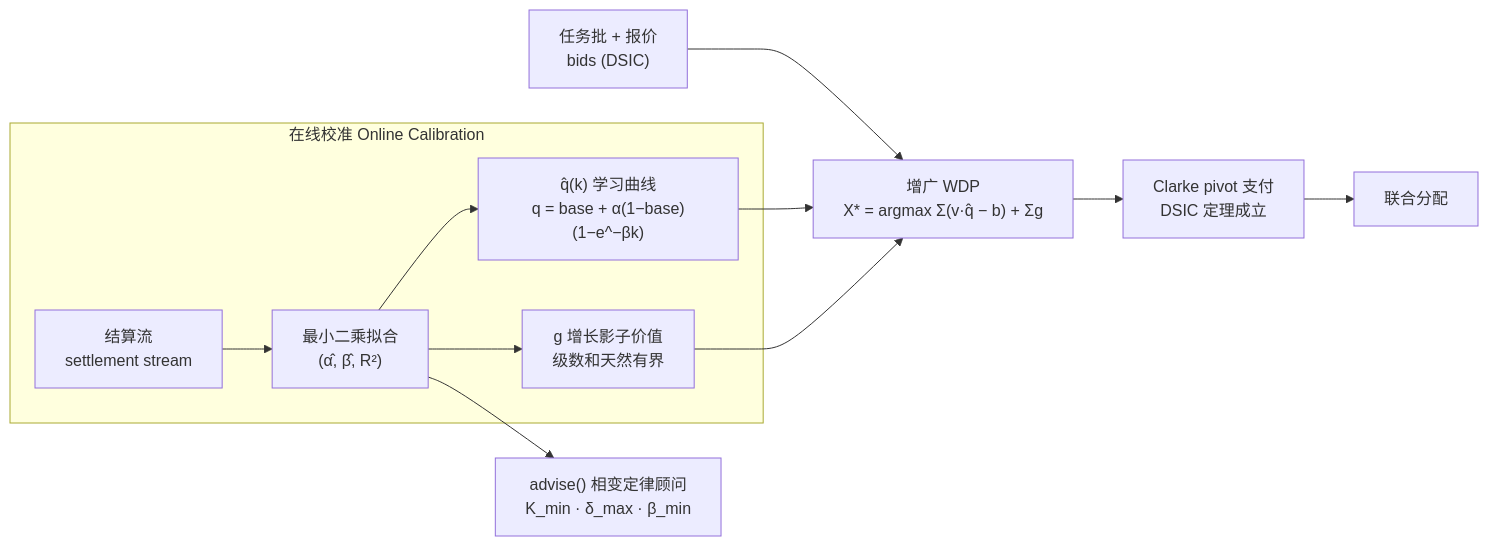
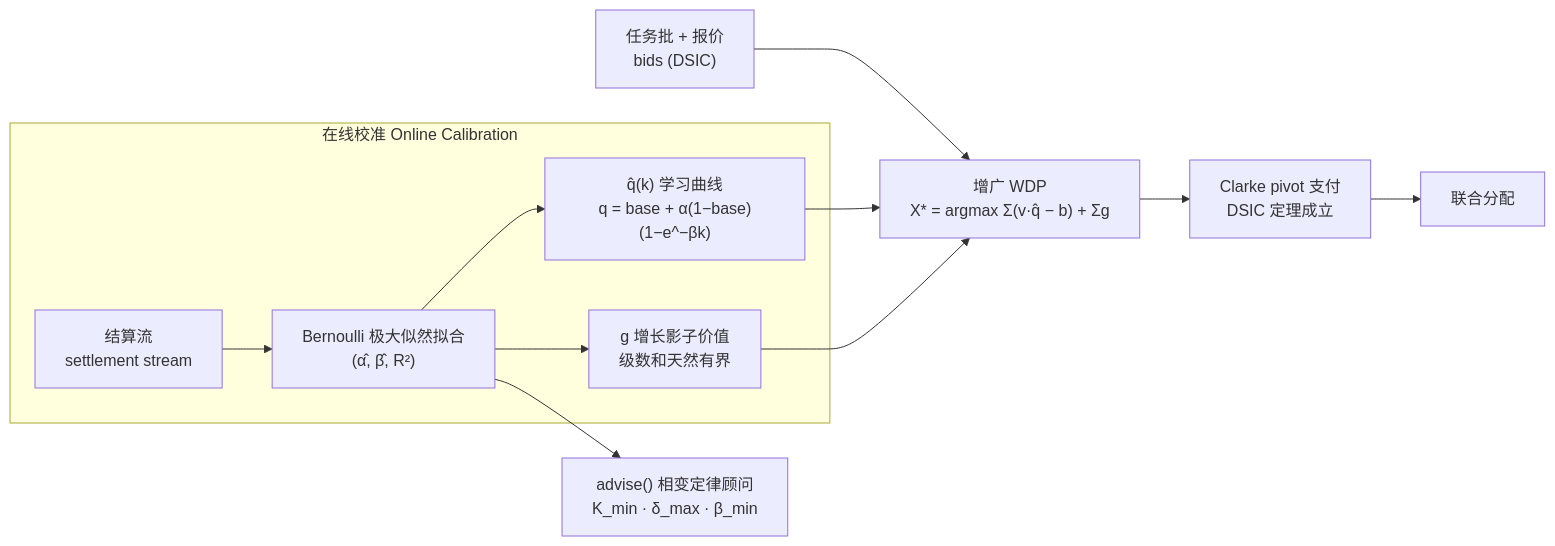
One commit to beijingwahw/quantum-multi-agent-platform changed the fifth of 7 diagrams in README.md. Above: the diagram before and after it, drawn with Mermaid. The commit also changed other lines of this file and 99 other files, not shown here.

````diff
--- a/README.md
+++ b/README.md
@@ -193,14 +193,14 @@
 ```mermaid
 flowchart LR
     T["任务批 + 报价<br/>bids (DSIC)"] --> WDP
     subgraph CALIB["在线校准 Online Calibration"]
-        L["结算流<br/>settlement stream"] --> FIT["最小二乘拟合<br/>(α̂, β̂, R²)"]
+        L["结算流<br/>settlement stream"] --> FIT["Bernoulli 极大似然拟合<br/>(α̂, β̂, R²)"]
         FIT --> Q["q̂(k) 学习曲线<br/>q = base + α(1−base)(1−e^−βk)"]
         FIT --> G["g 增长影子价值<br/>级数和天然有界"]
     end
     Q --> WDP["增广 WDP<br/>X* = argmax Σ(v·q̂ − b) + Σg"]
     G --> WDP
     WDP --> P["Clarke pivot 支付<br/>DSIC 定理成立"]
     P --> O["联合分配"]
     FIT --> ADV["advise() 相变定律顾问<br/>K_min · δ_max · β_min"]
 ```
````
